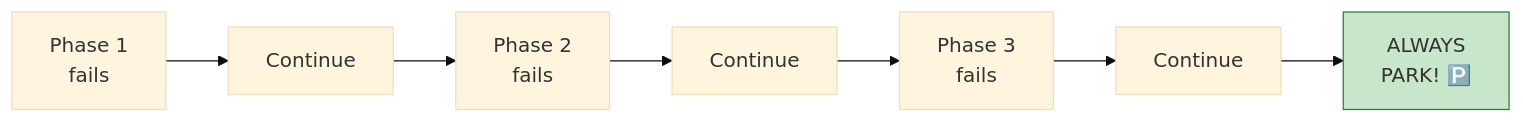
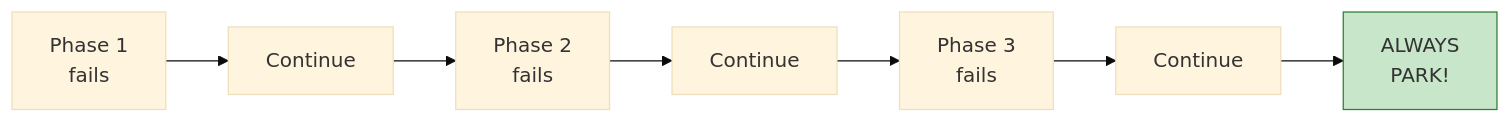
One commit to anowarislam/vex-pushback changed the eighth of 10 diagrams in docs/tutorials/07-advanced/03-skills-autonomous.md. Above: the diagram before and after it, drawn with Mermaid (base theme). The commit also changed other lines of this file and 16 other files, not shown here.

````diff
--- a/docs/tutorials/07-advanced/03-skills-autonomous.md
+++ b/docs/tutorials/07-advanced/03-skills-autonomous.md
@@ -417,11 +417,11 @@
 ```mermaid
 flowchart LR
     A["Phase 1\nfails"] --> B["Continue"]
     B --> C["Phase 2\nfails"]
     C --> D["Continue"]
     D --> E["Phase 3\nfails"]
     E --> F["Continue"]
-    F --> G["ALWAYS\nPARK! 🅿️"]
+    F --> G["ALWAYS\nPARK!"]
 
     style G fill:#c8e6c9,stroke:#2e7d32
 ```
````
